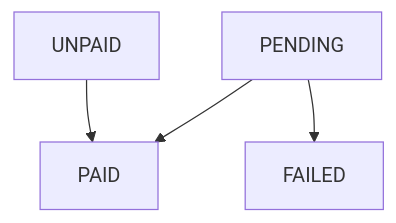
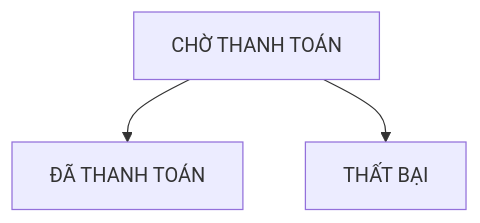
One commit to hau3004/23677151_DongThiAnhThu_CABSYSTEM changed the sixth of 8 diagrams in SRS.md. Above: the diagram before and after it, drawn with Mermaid. The commit also changed other lines of this file, not shown here.

````diff
--- a/SRS.md
+++ b/SRS.md
@@ -1764,6 +617,5 @@
 ```mermaid
 flowchart TD
-    A[PENDING] --> B[PAID]
-    A[PENDING] --> C[FAILED]
-    D[UNPAID] --> B[PAID]
+    A[CHỜ THANH TOÁN] --> B[ĐÃ THANH TOÁN]
+    A --> C[THẤT BẠI]
 ```
````
